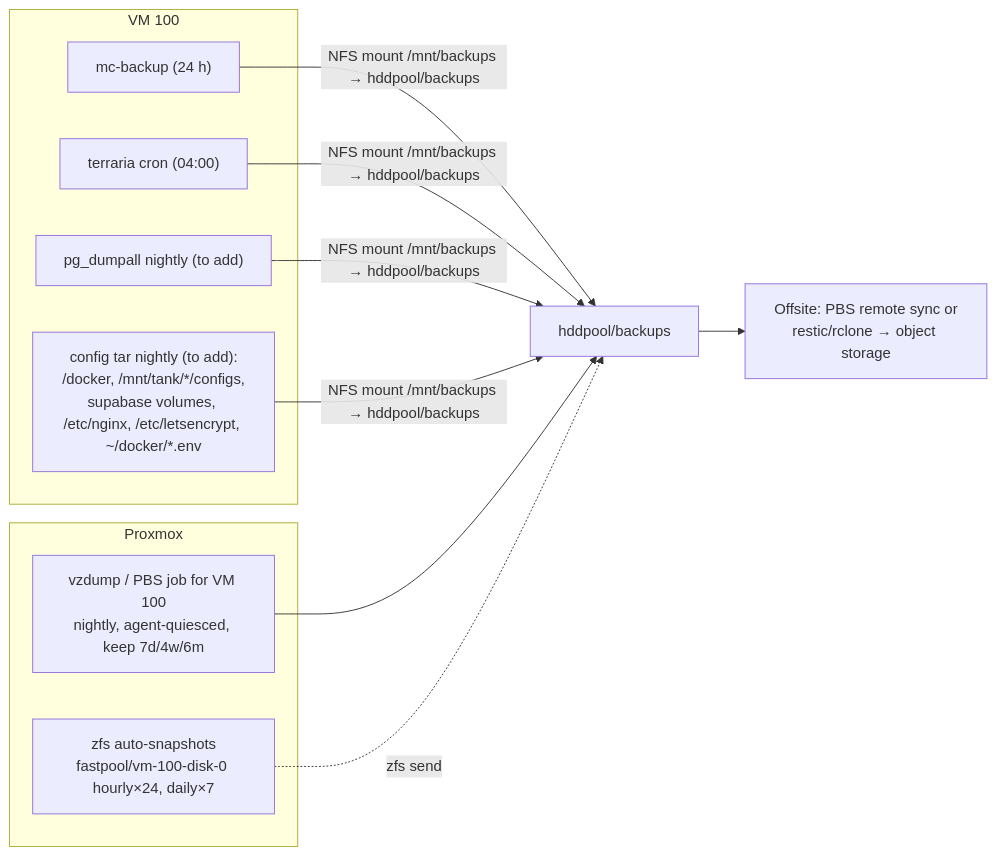
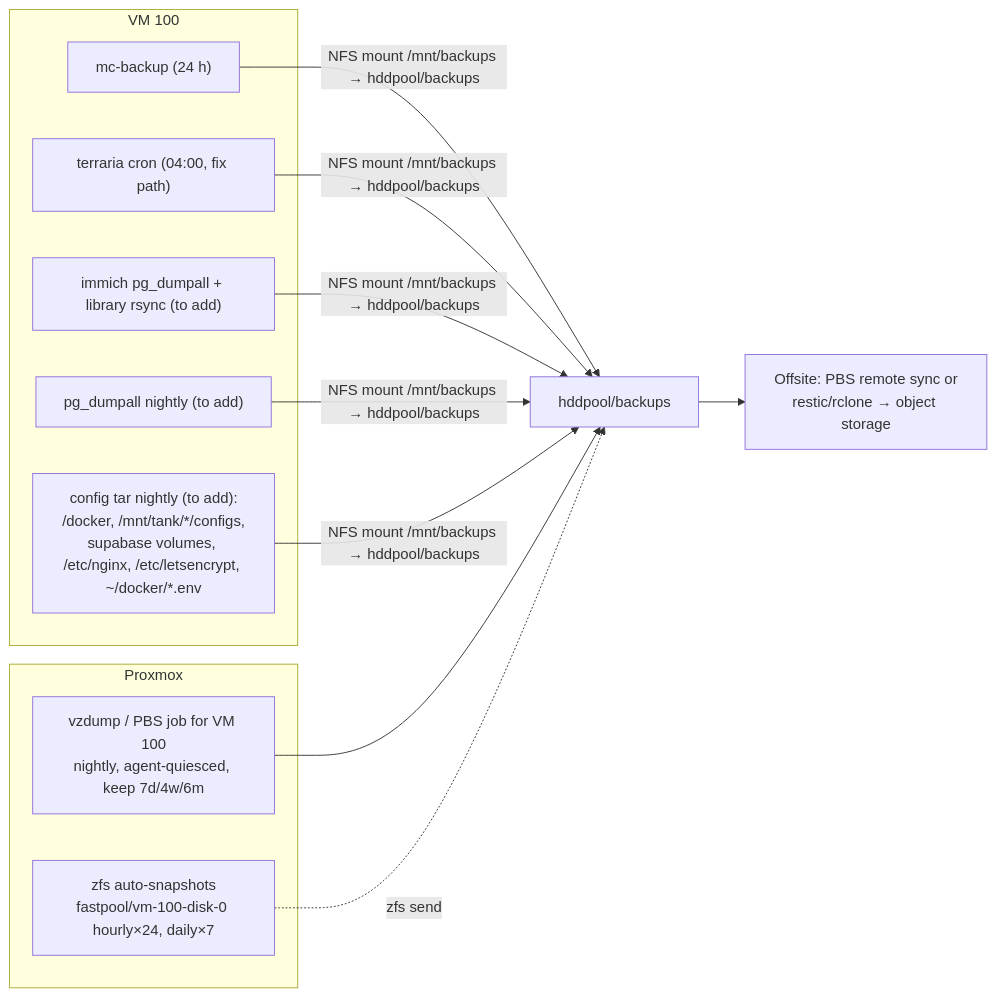
Before and after one commit to BigBoiToasty/homelab-docs: the diagram in runbooks/disaster-recovery.md, drawn with Mermaid. The commit also changed other lines of this file and 4 other files, not shown here.

First line of the commit message:
docs: refresh architecture docs from 2026-09-25 audit

````diff
--- a/runbooks/disaster-recovery.md
+++ b/runbooks/disaster-recovery.md
@@ -182,20 +203,21 @@
 ```mermaid
 flowchart LR
     subgraph GUEST["VM 100"]
         MC["mc-backup (24 h)"]
-        TC["terraria cron (04:00)"]
+        TC["terraria cron (04:00, fix path)"]
+        IM["immich pg_dumpall + library rsync (to add)"]
         PG["pg_dumpall nightly (to add)"]
         CFG["config tar nightly (to add):<br/>/docker, /mnt/tank/*/configs,<br/>supabase volumes, /etc/nginx, /etc/letsencrypt, ~/docker/*.env"]
     end
     subgraph PVE["Proxmox"]
         VZ["vzdump / PBS job for VM 100<br/>nightly, agent-quiesced, keep 7d/4w/6m"]
         SNAP["zfs auto-snapshots<br/>fastpool/vm-100-disk-0 hourly×24, daily×7"]
     end
     HDD["hddpool/backups"]
     OFF["Offsite: PBS remote sync or<br/>restic/rclone → object storage"]
 
-    MC & TC & PG & CFG -->|"NFS mount /mnt/backups → hddpool/backups"| HDD
+    MC & TC & IM & PG & CFG -->|"NFS mount /mnt/backups → hddpool/backups"| HDD
     VZ --> HDD
     SNAP -. "zfs send" .-> HDD
     HDD --> OFF
 ```
````
